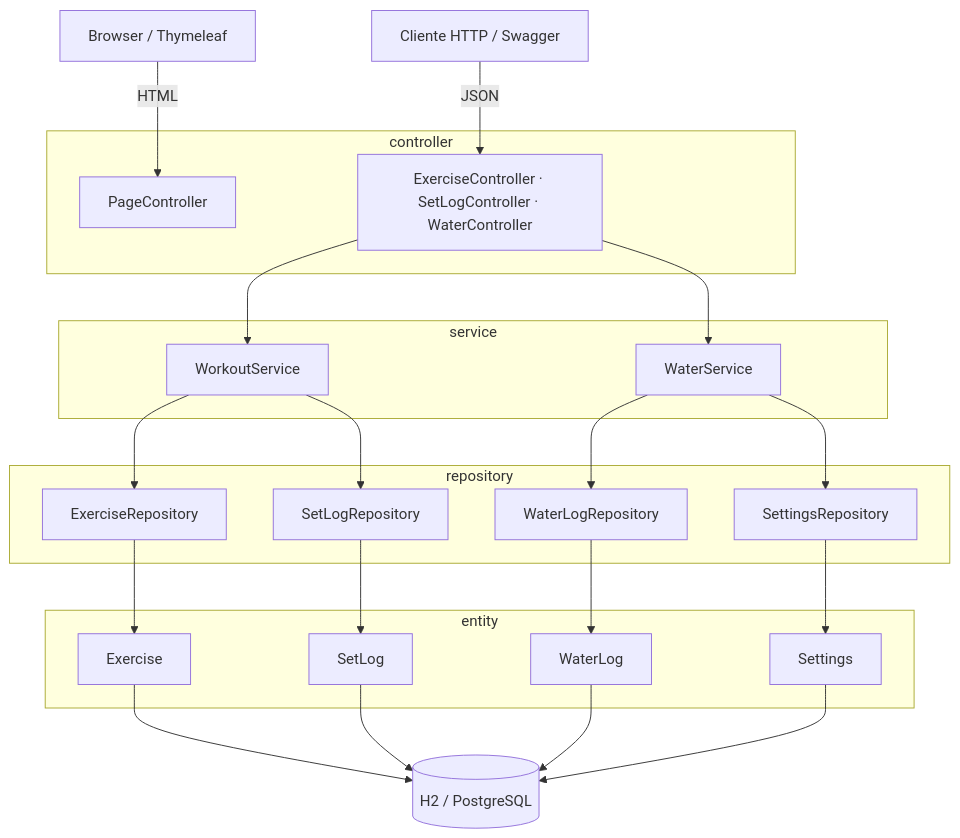
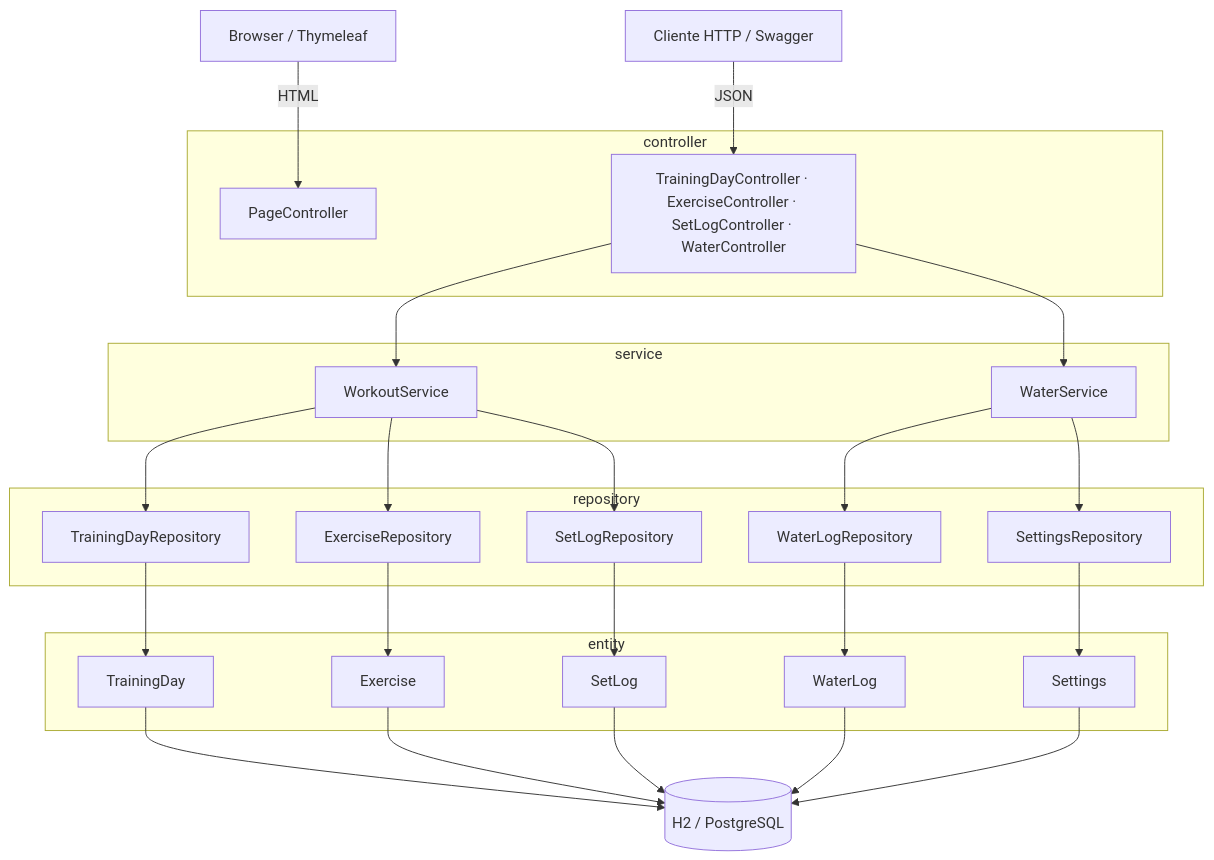
The diagram in README.md (arthurcamargo03/treino-tracker-api), drawn with Mermaid before and after one commit. The commit also changed other lines of this file and 15 other files, not shown here.

````diff
--- a/README.md
+++ b/README.md
@@ -33,46 +26,51 @@
 ```mermaid
 graph TD
     Browser[Browser / Thymeleaf] -->|HTML| PageController
     Client[Cliente HTTP / Swagger] -->|JSON| Controller
 
     subgraph "controller"
         PageController
-        Controller["ExerciseController · SetLogController · WaterController"]
+        Controller["TrainingDayController · ExerciseController · SetLogController · WaterController"]
     end
 
     subgraph "service"
         WorkoutService
         WaterService
     end
 
     subgraph "repository"
         ExerciseRepository
         SetLogRepository
         WaterLogRepository
         SettingsRepository
+        TrainingDayRepository
     end
 
     subgraph "entity"
         Exercise
+        TrainingDay
         SetLog
         WaterLog
         Settings
     end
 
     Controller --> WorkoutService
     Controller --> WaterService
     WorkoutService --> ExerciseRepository
     WorkoutService --> SetLogRepository
+    WorkoutService --> TrainingDayRepository
     WaterService --> WaterLogRepository
     WaterService --> SettingsRepository
     ExerciseRepository --> Exercise
     SetLogRepository --> SetLog
     WaterLogRepository --> WaterLog
     SettingsRepository --> Settings
+    TrainingDayRepository --> TrainingDay
 
     DB[(H2 / PostgreSQL)]
+    TrainingDay --> DB
     Exercise --> DB
     SetLog --> DB
     WaterLog --> DB
     Settings --> DB
 ```
````
